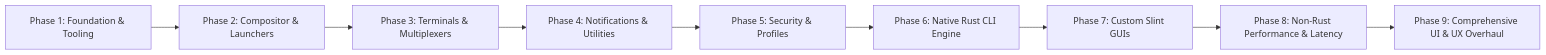
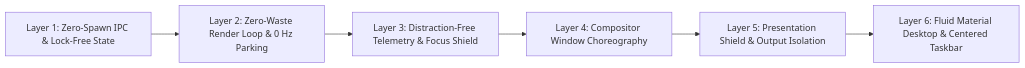
One commit to Hypokoto/dotfield changed the diagram in docs/ROADMAP.md. Above: the diagram before and after it, drawn with Mermaid. The commit also changed other lines of this file and 74 other files, not shown here.

First line of the commit message:
feat(ui): unify control manager, prune legacy phase 1-10 docs, and harmonize desktop stack

````diff
--- a/docs/ROADMAP.md
+++ b/docs/ROADMAP.md
@@ -5,11 +5,8 @@
 ```mermaid
 flowchart LR
-    P1[Phase 1: Foundation & Tooling] --> P2[Phase 2: Compositor & Launchers]
-    P2 --> P3[Phase 3: Terminals & Multiplexers]
-    P3 --> P4[Phase 4: Notifications & Utilities]
-    P4 --> P5[Phase 5: Security & Profiles]
-    P5 --> P6[Phase 6: Native Rust CLI Engine]
-    P6 --> P7[Phase 7: Custom Slint GUIs]
-    P7 --> P8[Phase 8: Non-Rust Performance & Latency]
-    P8 --> P9[Phase 9: Comprehensive UI & UX Overhaul]
+    L1[Layer 1: Zero-Spawn IPC & Lock-Free State] --> L2[Layer 2: Zero-Waste Render Loop & 0 Hz Parking]
+    L2 --> L3[Layer 3: Distraction-Free Telemetry & Focus Shield]
+    L3 --> L4[Layer 4: Compositor Window Choreography]
+    L4 --> L5[Layer 5: Presentation Shield & Output Isolation]
+    L5 --> L6[Layer 6: Fluid Material Desktop & Centered Taskbar]
 ```
````
